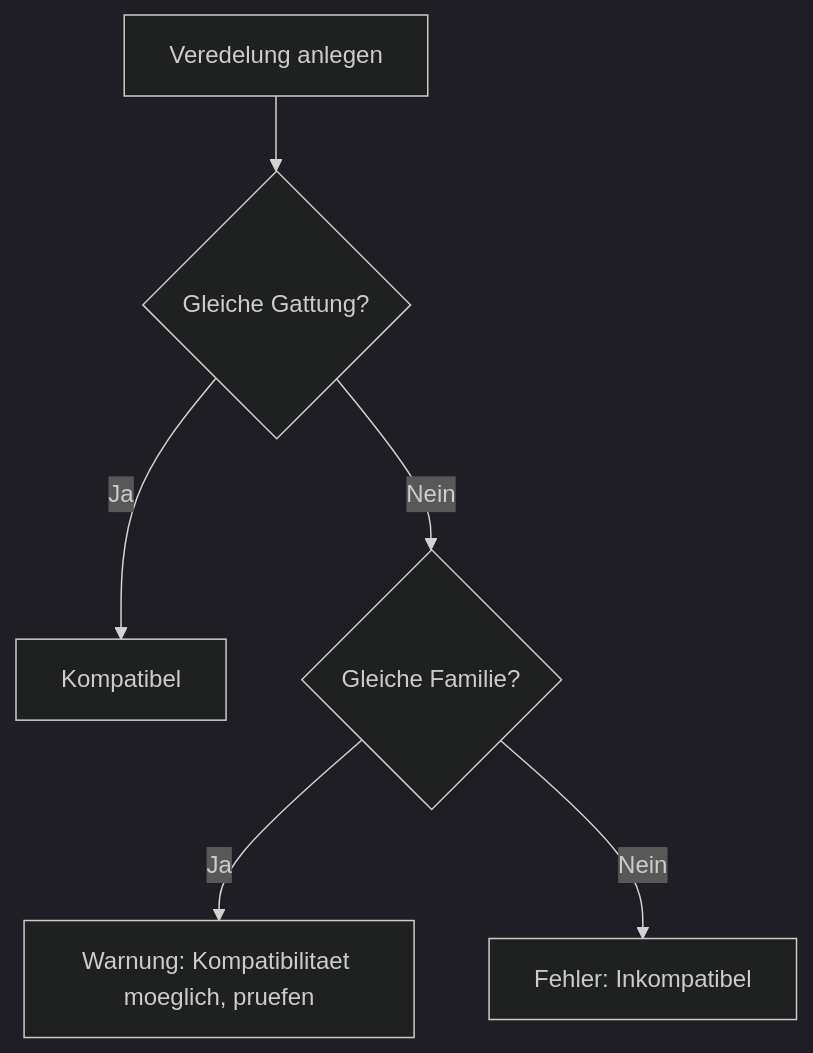
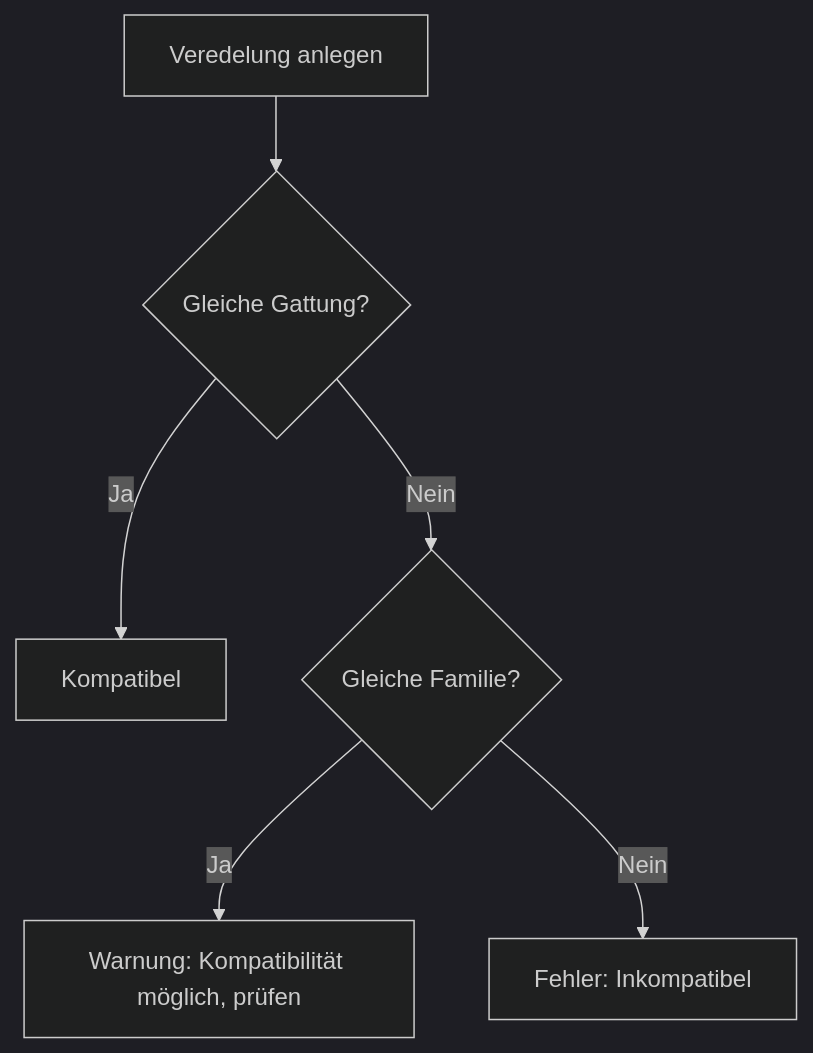
The first of 2 diagrams in docs/de/user-guide/propagation.md (nolte/kamerplanter), drawn with Mermaid (dark theme) before and after one commit. The commit also changed other lines of this file and 77 other files, not shown here.

````diff
--- a/docs/de/user-guide/propagation.md
+++ b/docs/de/user-guide/propagation.md
@@ -95,8 +95,8 @@
 ```mermaid
 flowchart TD
     A[Veredelung anlegen] --> B{Gleiche Gattung?}
     B -->|Ja| OK[Kompatibel]
     B -->|Nein| C{Gleiche Familie?}
-    C -->|Ja| W[Warnung: Kompatibilitaet moeglich, pruefen]
+    C -->|Ja| W[Warnung: Kompatibilität möglich, prüfen]
     C -->|Nein| E[Fehler: Inkompatibel]
 ```
````
